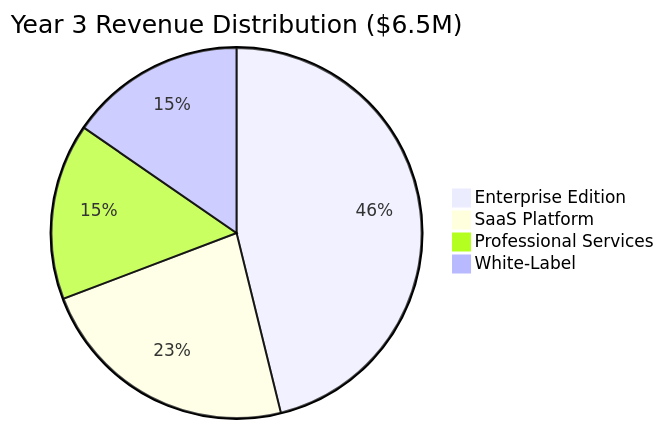
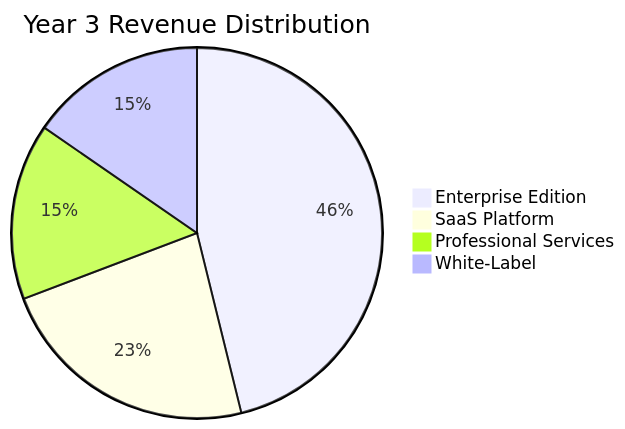
Before and after one commit to abdoElHodaky/tradSys: the third of 52 diagrams in diagrams.md, drawn with Mermaid. The commit also changed other lines of this file, not shown here.

````diff
--- a/diagrams.md
+++ b/diagrams.md
@@ -418,7 +100,7 @@
 ```mermaid
-pie title Year 3 Revenue Distribution ($6.5M)
+pie title Year 3 Revenue Distribution
     "Enterprise Edition" : 3000
     "SaaS Platform" : 1500
     "Professional Services" : 1000
     "White-Label" : 1000
 ```
````
